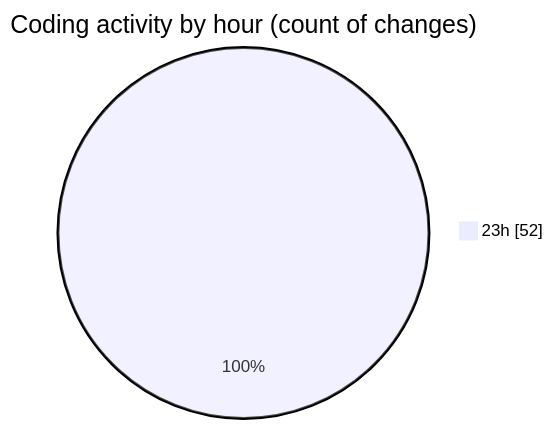
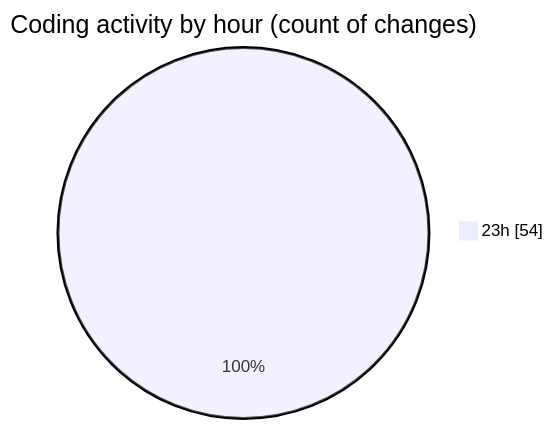
The second of 2 diagrams in 2026-05-23/java-avanc-e-et-uml/README.md (hasnaa123/code-tracking), drawn with Mermaid before and after one commit. The commit also changed other lines of this file and 1 other file, not shown here.

````diff
--- a/2026-05-23/java-avanc-e-et-uml/README.md
+++ b/2026-05-23/java-avanc-e-et-uml/README.md
@@ -32,5 +32,5 @@
 ```mermaid
 pie showData
 title Coding activity by hour (count of changes)
-"23h" : 52
+"23h" : 54
 ```
````
